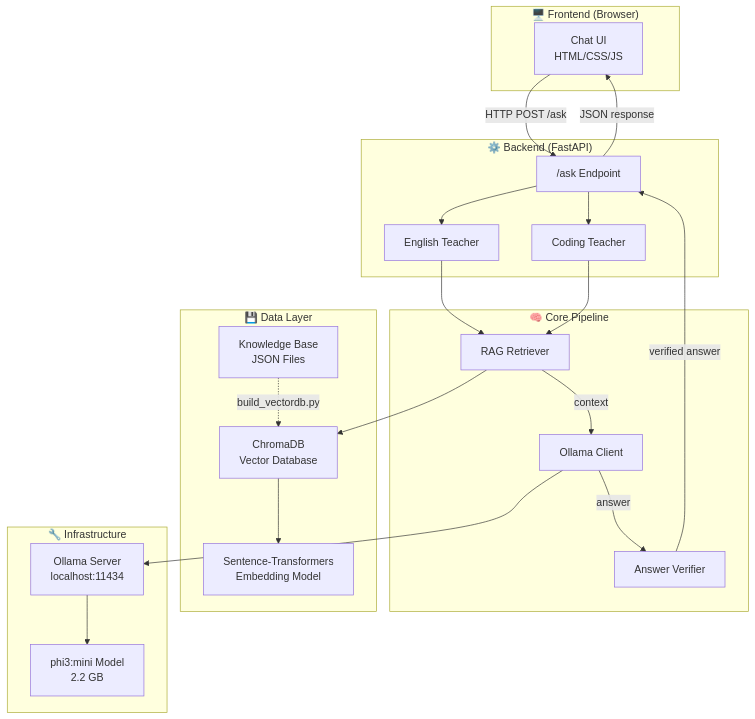
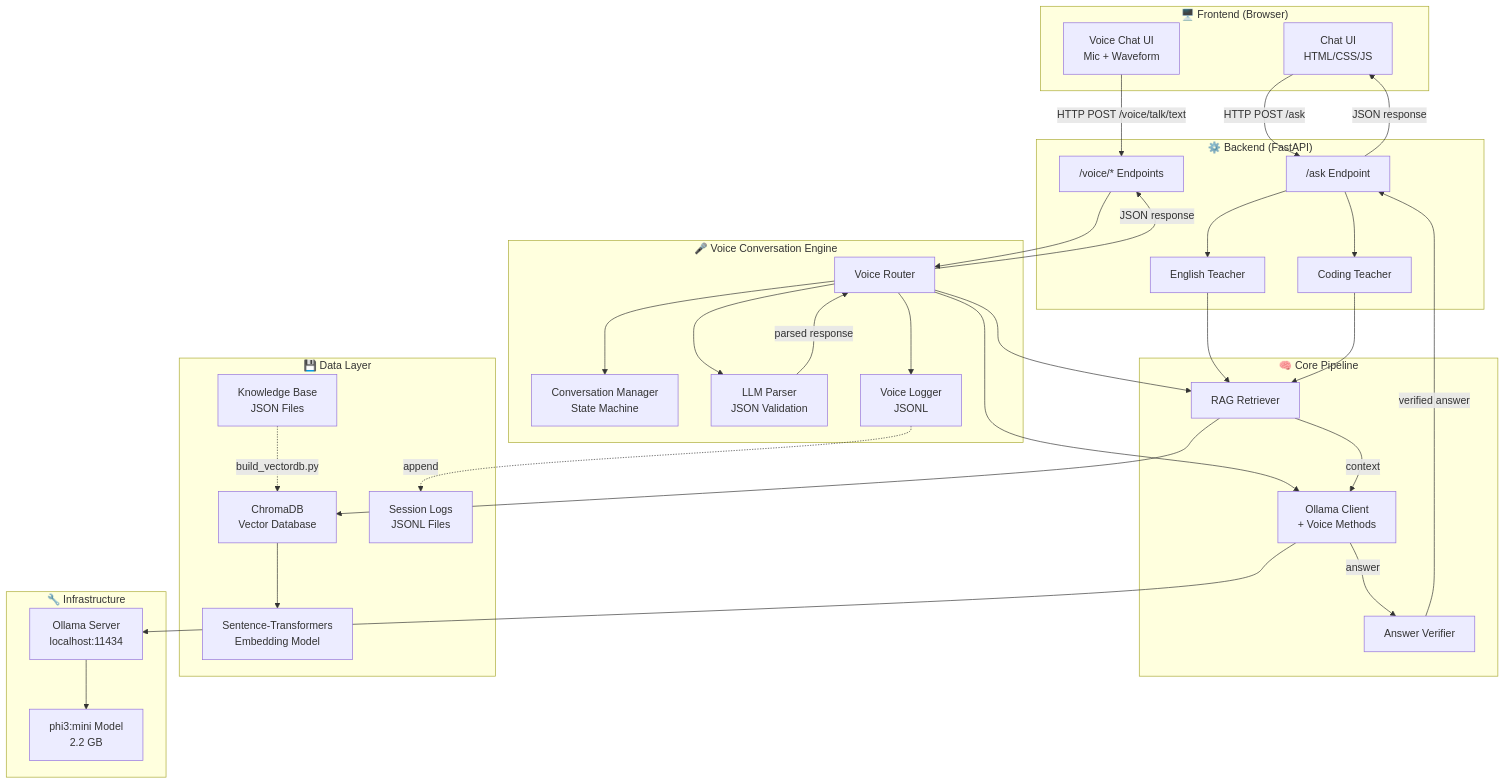
One commit to sagar-SgrDon/ai-teacher changed the first of 3 diagrams in docs/SYSTEM_DESIGN.md. Above: the diagram before and after it, drawn with Mermaid. The commit also changed other lines of this file and 8 other files, not shown here.

Commit message:
feat(voice): add voice conversation engine with text endpoint

````diff
--- a/docs/SYSTEM_DESIGN.md
+++ b/docs/SYSTEM_DESIGN.md
@@ -21,41 +21,59 @@
 ```mermaid
 graph TB
     subgraph Frontend["🖥️ Frontend (Browser)"]
         UI[Chat UI<br/>HTML/CSS/JS]
+        VUI[Voice Chat UI<br/>Mic + Waveform]
     end
 
     subgraph Backend["⚙️ Backend (FastAPI)"]
         API["/ask Endpoint"]
+        VAPI["/voice/* Endpoints"]
         ET[English Teacher]
         CT[Coding Teacher]
     end
 
+    subgraph Voice["🎤 Voice Conversation Engine"]
+        VR[Voice Router]
+        CM[Conversation Manager<br/>State Machine]
+        LP[LLM Parser<br/>JSON Validation]
+        VL[Voice Logger<br/>JSONL]
+    end
+
     subgraph Core["🧠 Core Pipeline"]
         RAG[RAG Retriever]
-        LLM[Ollama Client]
+        LLM[Ollama Client<br/>+ Voice Methods]
         VER[Answer Verifier]
     end
 
     subgraph Data["💾 Data Layer"]
         KB[Knowledge Base<br/>JSON Files]
         VDB[ChromaDB<br/>Vector Database]
         EMB[Sentence-Transformers<br/>Embedding Model]
+        LOGS[Session Logs<br/>JSONL Files]
     end
 
     subgraph Infra["🔧 Infrastructure"]
         OLL[Ollama Server<br/>localhost:11434]
         PHI[phi3:mini Model<br/>2.2 GB]
     end
 
     UI -->|HTTP POST /ask| API
+    VUI -->|HTTP POST /voice/talk/text| VAPI
     API --> ET & CT
     ET & CT --> RAG
+    VAPI --> VR
+    VR --> CM & LP & VL
+    VR --> RAG
+    VR --> LLM
     RAG --> VDB
     VDB --> EMB
     RAG -->|context| LLM
     LLM -->|answer| VER
     VER -->|verified answer| API
+    LP -->|parsed response| VR
+    VR -->|JSON response| VAPI
     API -->|JSON response| UI
     LLM --> OLL --> PHI
     KB -.->|build_vectordb.py| VDB
+    VL -.->|append| LOGS
 ```
````
